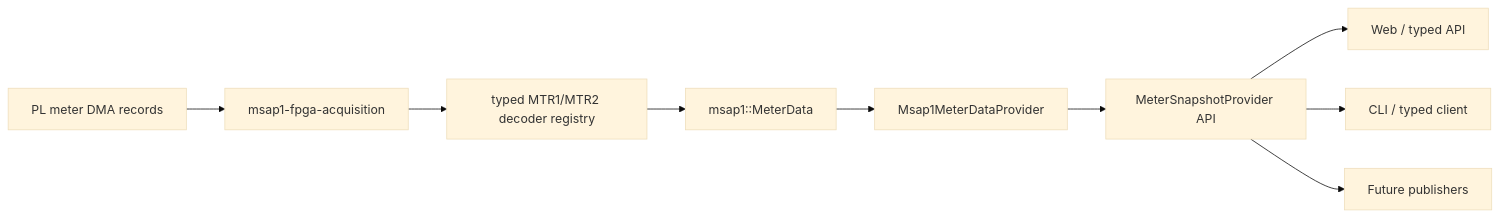
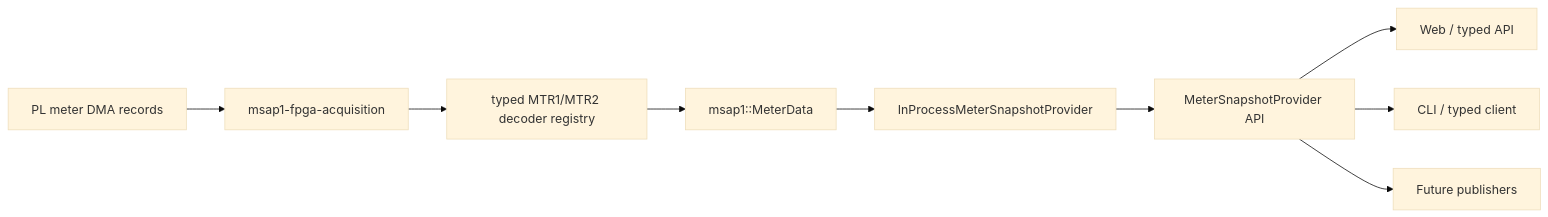
The first of 2 diagrams in docs/Developer_Guide/METER_DATA_PROVIDER_PROGRAMMING_GUIDE.md (Monutchee/MSAP1_APU), drawn with Mermaid (base theme) before and after one commit. The commit also changed other lines of this file and 41 other files, not shown here.

Commit message:
refactor(meter): unify snapshot and stream providers

````diff
--- a/docs/Developer_Guide/METER_DATA_PROVIDER_PROGRAMMING_GUIDE.md
+++ b/docs/Developer_Guide/METER_DATA_PROVIDER_PROGRAMMING_GUIDE.md
@@ -12,11 +14,11 @@
 ```mermaid
 flowchart LR
     PL["PL meter DMA records"] --> ACQ["msap1-fpga-acquisition"]
     ACQ --> DEC["typed MTR1/MTR2 decoder registry"]
     DEC --> DATA["msap1::MeterData"]
-    DATA --> PROVIDER["Msap1MeterDataProvider"]
+    DATA --> PROVIDER["InProcessMeterSnapshotProvider"]
     PROVIDER --> SNAP["MeterSnapshotProvider API"]
     SNAP --> WEB["Web / typed API"]
     SNAP --> CLI["CLI / typed client"]
     SNAP --> PUB["Future publishers"]
 ```
````
